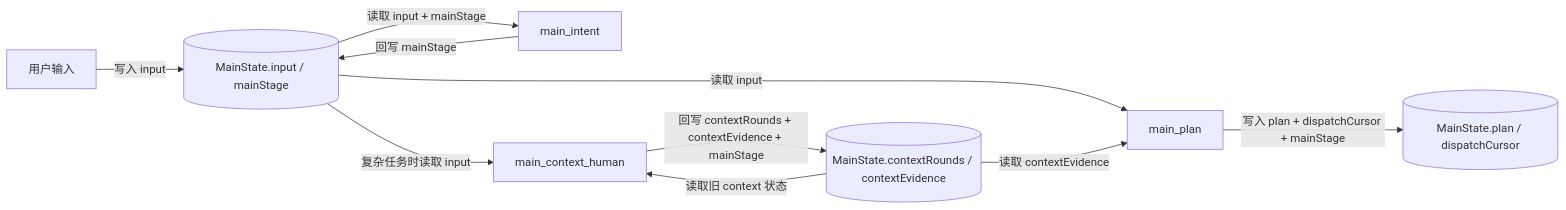
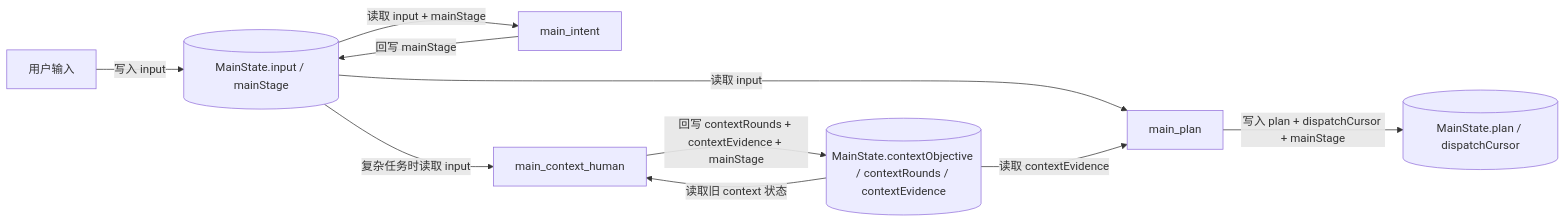
One commit to Yoan98/Ncurator changed the second of 7 diagrams in doc/ai-design/data-definition-and-flow.md. Above: the diagram before and after it, drawn with Mermaid. The commit also changed other lines of this file and 7 other files, not shown here.

Commit message:
Restructure AI design docs around architecture and implementation spec

````diff
--- a/doc/ai-design/data-definition-and-flow.md
+++ b/doc/ai-design/data-definition-and-flow.md
@@ -378,20 +415,20 @@
 ```mermaid
 flowchart LR
     U["用户输入"]
     S1[("MainState.input / mainStage")]
     MI["main_intent"]
-    S2[("MainState.contextRounds / contextEvidence")]
+    S2[("MainState.contextObjective / contextRounds / contextEvidence")]
     MC["main_context_human"]
     MP["main_plan"]
     S3[("MainState.plan / dispatchCursor")]
 
     U -->|写入 input| S1
     S1 -->|读取 input + mainStage| MI
     MI -->|回写 mainStage| S1
     S1 -->|复杂任务时读取 input| MC
     S2 -->|读取旧 context 状态| MC
     MC -->|回写 contextRounds + contextEvidence + mainStage| S2
     S1 -->|读取 input| MP
     S2 -->|读取 contextEvidence| MP
     MP -->|写入 plan + dispatchCursor + mainStage| S3
 ```
````
